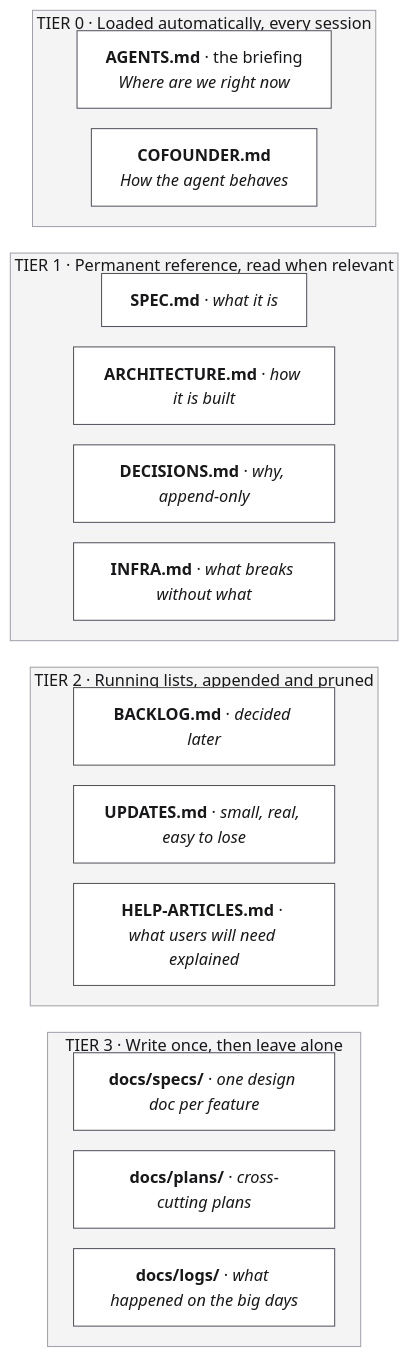
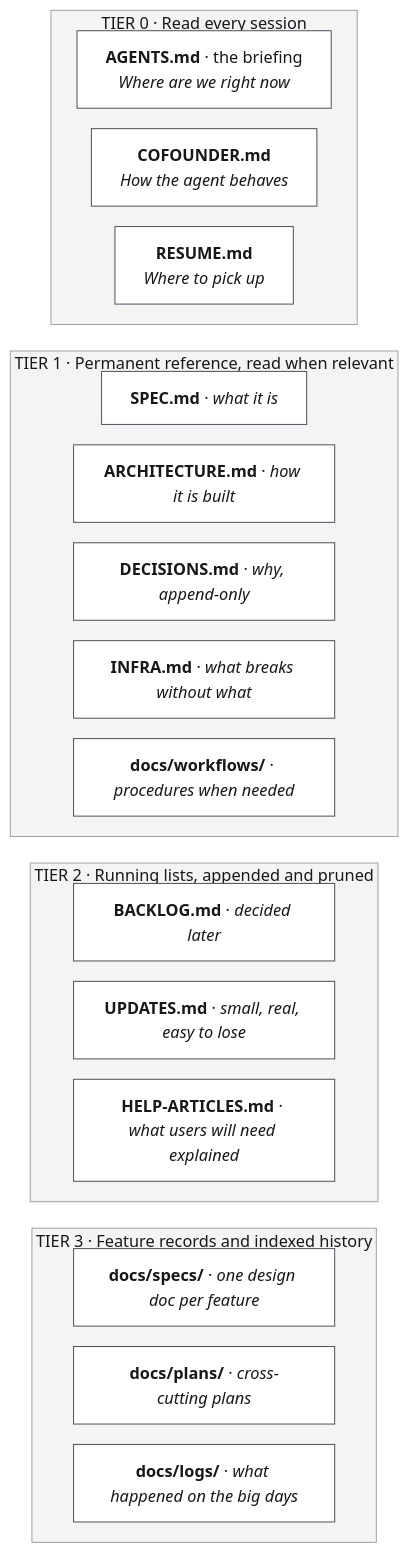
The first of 2 diagrams in README.md (travis-rosser/cofounder), drawn with Mermaid before and after one commit. The commit also changed other lines of this file and 27 other files, not shown here.

````diff
--- a/README.md
+++ b/README.md
@@ -102,32 +89,34 @@
 ```mermaid
 %%{init: {'theme':'base','themeVariables':{'primaryColor':'#ffffff','primaryTextColor':'#18181b','primaryBorderColor':'#3f3f46','secondaryColor':'#fafafa','tertiaryColor':'#ffffff','lineColor':'#52525b','textColor':'#18181b','clusterBkg':'#f4f4f5','clusterBorder':'#a1a1aa','edgeLabelBackground':'#ffffff','nodeBorder':'#3f3f46'},'flowchart':{'padding':14,'nodeSpacing':20,'rankSpacing':26,'diagramPadding':16,'useMaxWidth':true}}}%%
 flowchart TB
-    subgraph T0["TIER 0 · Loaded automatically, every session"]
+    subgraph T0["TIER 0 · Read every session"]
         CM["<b>AGENTS.md</b> · the briefing<br/><i>Where are we right now</i>"]
         COF["<b>COFOUNDER.md</b><br/><i>How the agent behaves</i>"]
+        RES["<b>RESUME.md</b><br/><i>Where to pick up</i>"]
     end
     subgraph T1["TIER 1 · Permanent reference, read when relevant"]
         SPEC["<b>SPEC.md</b> · <i>what it is</i>"]
         ARCH["<b>ARCHITECTURE.md</b> · <i>how it is built</i>"]
         DEC["<b>DECISIONS.md</b> · <i>why, append-only</i>"]
         INFRA["<b>INFRA.md</b> · <i>what breaks without what</i>"]
+        FLOW["<b>docs/workflows/</b> · <i>procedures when needed</i>"]
     end
     subgraph T2["TIER 2 · Running lists, appended and pruned"]
         BACK["<b>BACKLOG.md</b> · <i>decided later</i>"]
         UPD["<b>UPDATES.md</b> · <i>small, real, easy to lose</i>"]
         HELP["<b>HELP-ARTICLES.md</b> · <i>what users will need explained</i>"]
     end
-    subgraph T3["TIER 3 · Write once, then leave alone"]
+    subgraph T3["TIER 3 · Feature records and indexed history"]
         SPECS["<b>docs/specs/</b> · <i>one design doc per feature</i>"]
         PLANS["<b>docs/plans/</b> · <i>cross-cutting plans</i>"]
         LOGS["<b>docs/logs/</b> · <i>what happened on the big days</i>"]
     end
     T0 ~~~ T1 ~~~ T2 ~~~ T3
 
     classDef box fill:#ffffff,stroke:#52525b,color:#18181b,stroke-width:1px
-    class CM,COF,SPEC,ARCH,DEC,INFRA,BACK,UPD,HELP,SPECS,PLANS,LOGS box
+    class CM,COF,RES,SPEC,ARCH,DEC,INFRA,FLOW,BACK,UPD,HELP,SPECS,PLANS,LOGS box
     style T0 fill:#f4f4f5,stroke:#a1a1aa,color:#18181b
     style T1 fill:#f4f4f5,stroke:#a1a1aa,color:#18181b
     style T2 fill:#f4f4f5,stroke:#a1a1aa,color:#18181b
     style T3 fill:#f4f4f5,stroke:#a1a1aa,color:#18181b
 ```
````
